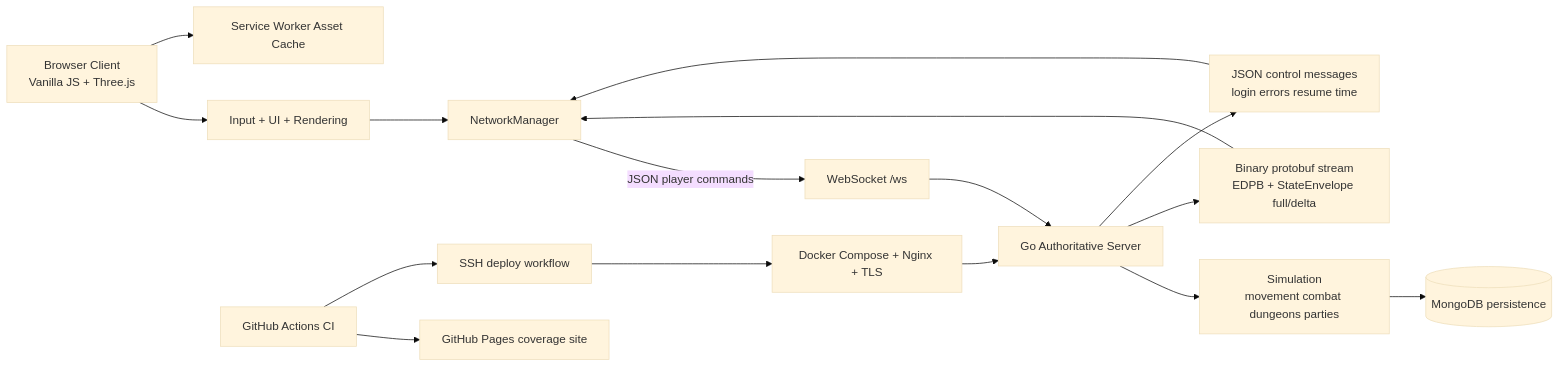
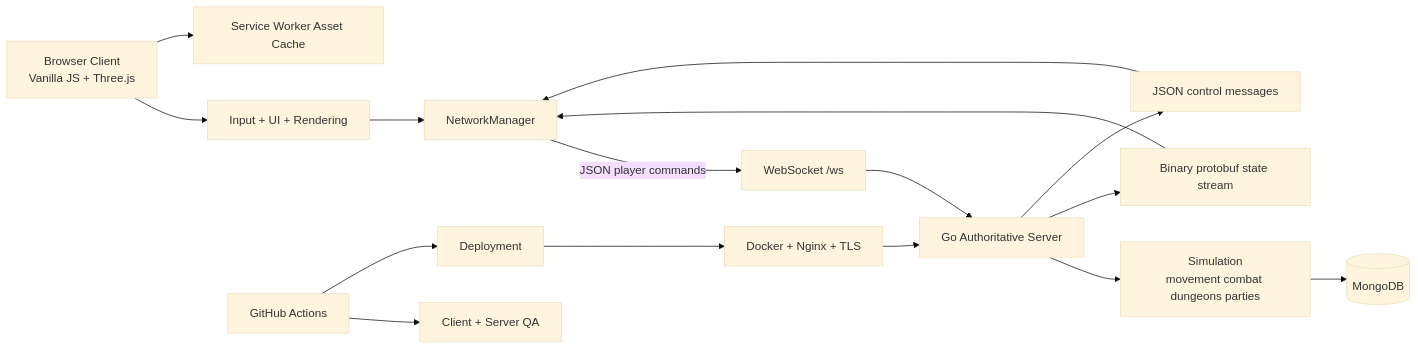
Before and after one commit to ChaseChanceChange/The_Accused_shinobi: the diagram in README.md, drawn with Mermaid (base theme). The commit also changed other lines of this file, not shown here.

````diff
--- a/README.md
+++ b/README.md
@@ -47,21 +44,21 @@
 ```mermaid
 flowchart LR
     Browser[Browser Client\nVanilla JS + Three.js] --> Input[Input + UI + Rendering]
     Input --> NM[NetworkManager]
     Browser --> SW[Service Worker Asset Cache]
 
     NM -->|JSON player commands| WS[WebSocket /ws]
     WS --> Server[Go Authoritative Server]
     Server --> Sim[Simulation\nmovement combat dungeons parties]
-    Server --> Proto[Binary protobuf stream\nEDPB + StateEnvelope full/delta]
-    Server --> Json[JSON control messages\nlogin errors resume time]
-    Sim --> Mongo[(MongoDB persistence)]
+    Server --> Proto[Binary protobuf state stream]
+    Server --> Json[JSON control messages]
+    Sim --> Mongo[(MongoDB)]
 
     Proto --> NM
     Json --> NM
 
-    CI[GitHub Actions CI] --> Pages[GitHub Pages coverage site]
-    CI --> Deploy[SSH deploy workflow]
-    Deploy --> Host[Docker Compose + Nginx + TLS]
+    CI[GitHub Actions] --> QA[Client + Server QA]
+    CI --> Deploy[Deployment]
+    Deploy --> Host[Docker + Nginx + TLS]
     Host --> Server
 ```
````
